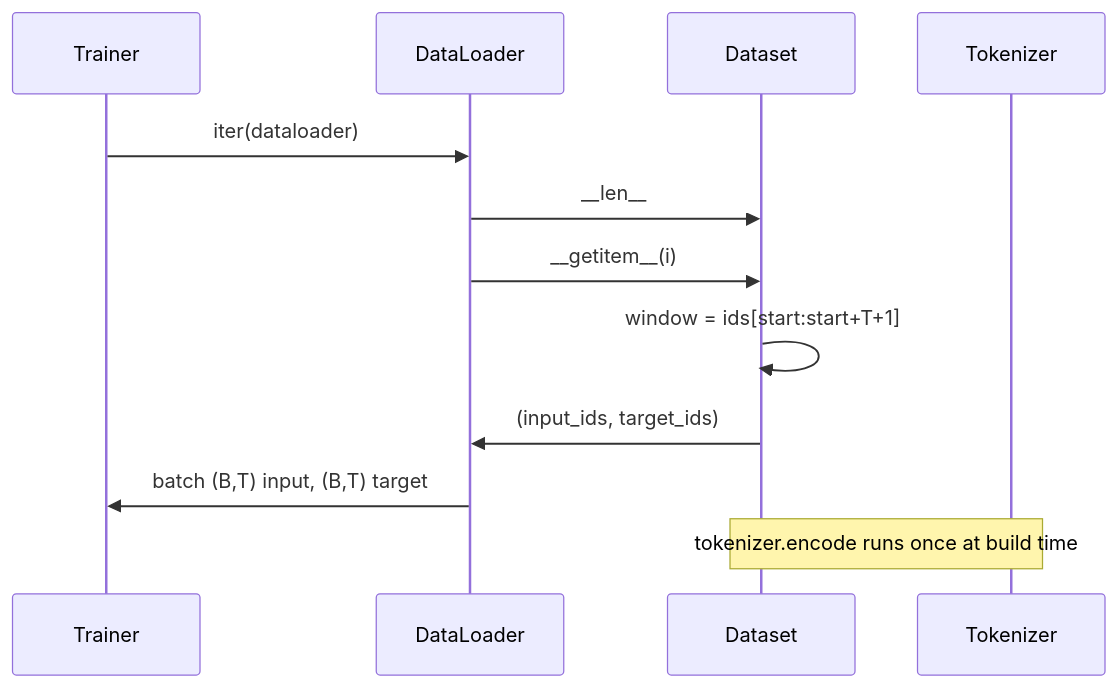
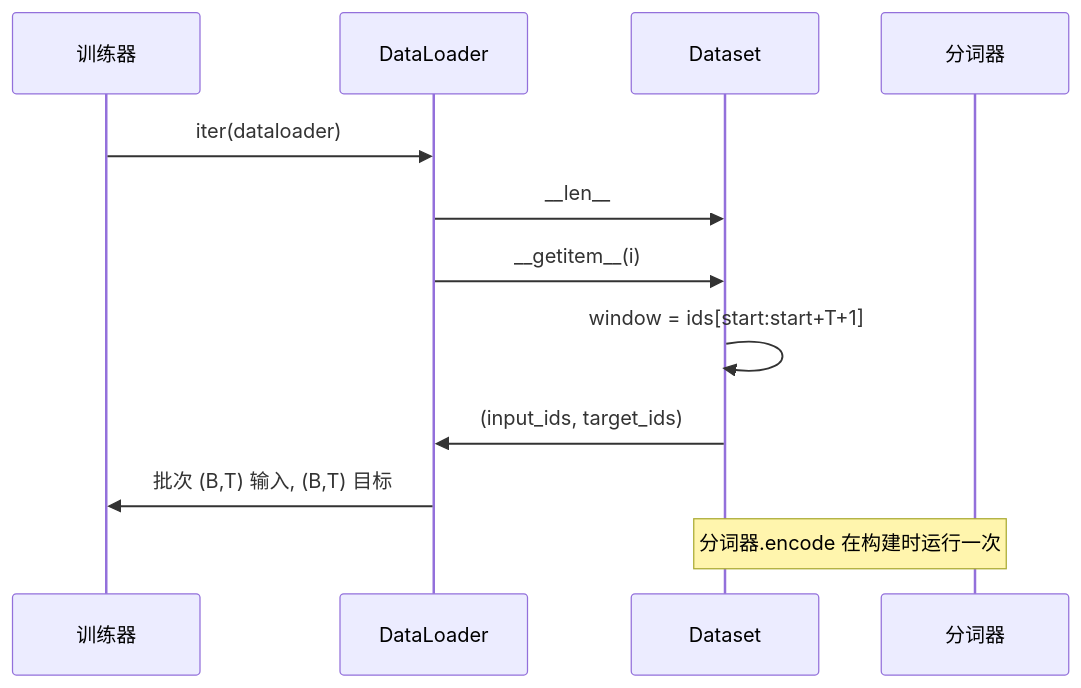
One commit to guangningsun/ailearning changed the second of 2 diagrams in lessons/19-capstone-projects/31-tokenized-dataset-sliding-window/docs/zh.md. Above: the diagram before and after it, drawn with Mermaid. The commit also changed other lines of this file and 85 other files, not shown here.

````diff
--- a/lessons/19-capstone-projects/31-tokenized-dataset-sliding-window/docs/zh.md
+++ b/lessons/19-capstone-projects/31-tokenized-dataset-sliding-window/docs/zh.md
@@ -55,14 +55,14 @@
 ```mermaid
 sequenceDiagram
-    participant Trainer
+    participant 训练器
     participant DataLoader
     participant Dataset
-    participant Tokenizer
-    Trainer->>DataLoader: iter(dataloader)
+    participant 分词器
+    训练器->>DataLoader: iter(dataloader)
     DataLoader->>Dataset: __len__
     DataLoader->>Dataset: __getitem__(i)
     Dataset->>Dataset: window = ids[start:start+T+1]
     Dataset->>DataLoader: (input_ids, target_ids)
-    DataLoader->>Trainer: batch (B,T) input, (B,T) target
-    Note over Tokenizer,Dataset: tokenizer.encode runs once at build time
+    DataLoader->>训练器: 批次 (B,T) 输入, (B,T) 目标
+    Note over 分词器,Dataset: 分词器.encode 在构建时运行一次
 ```
````
